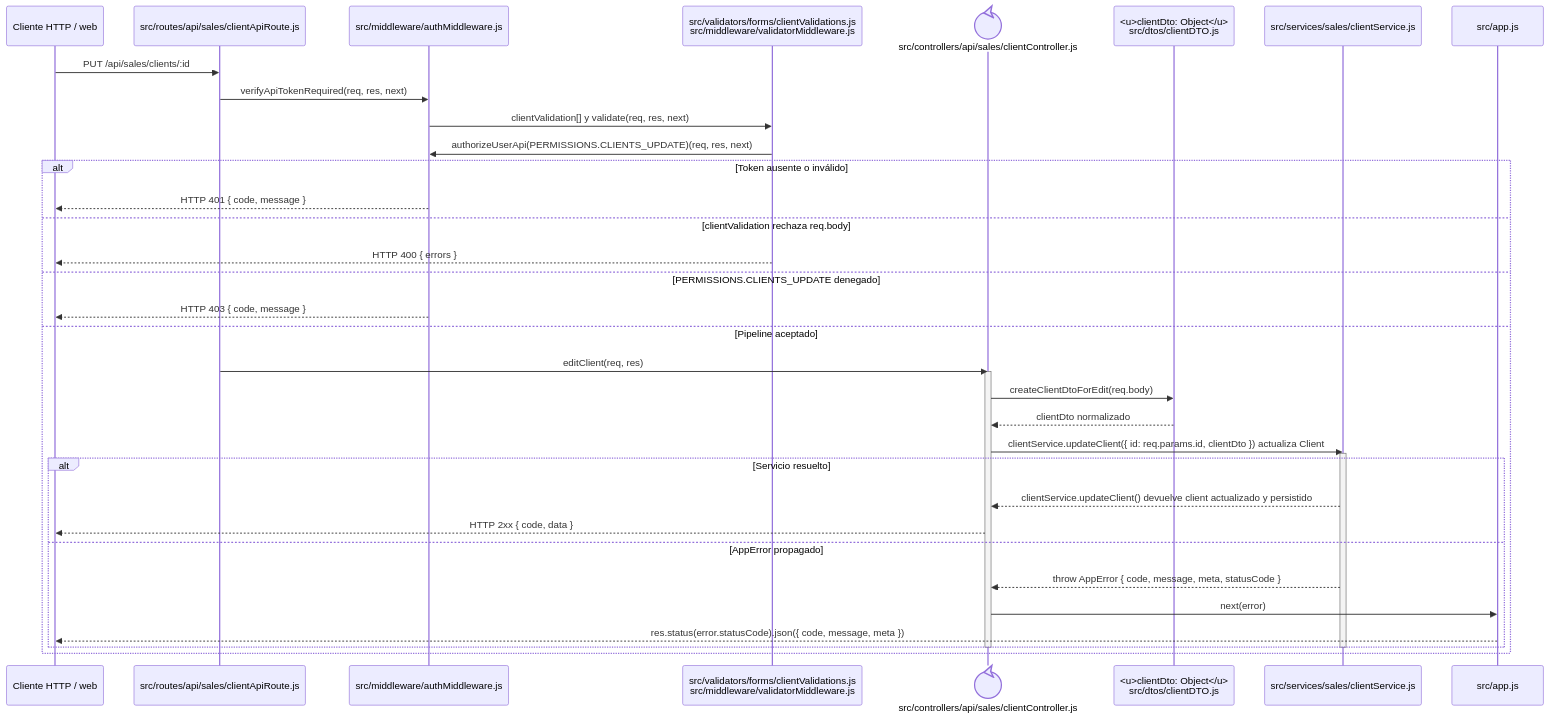
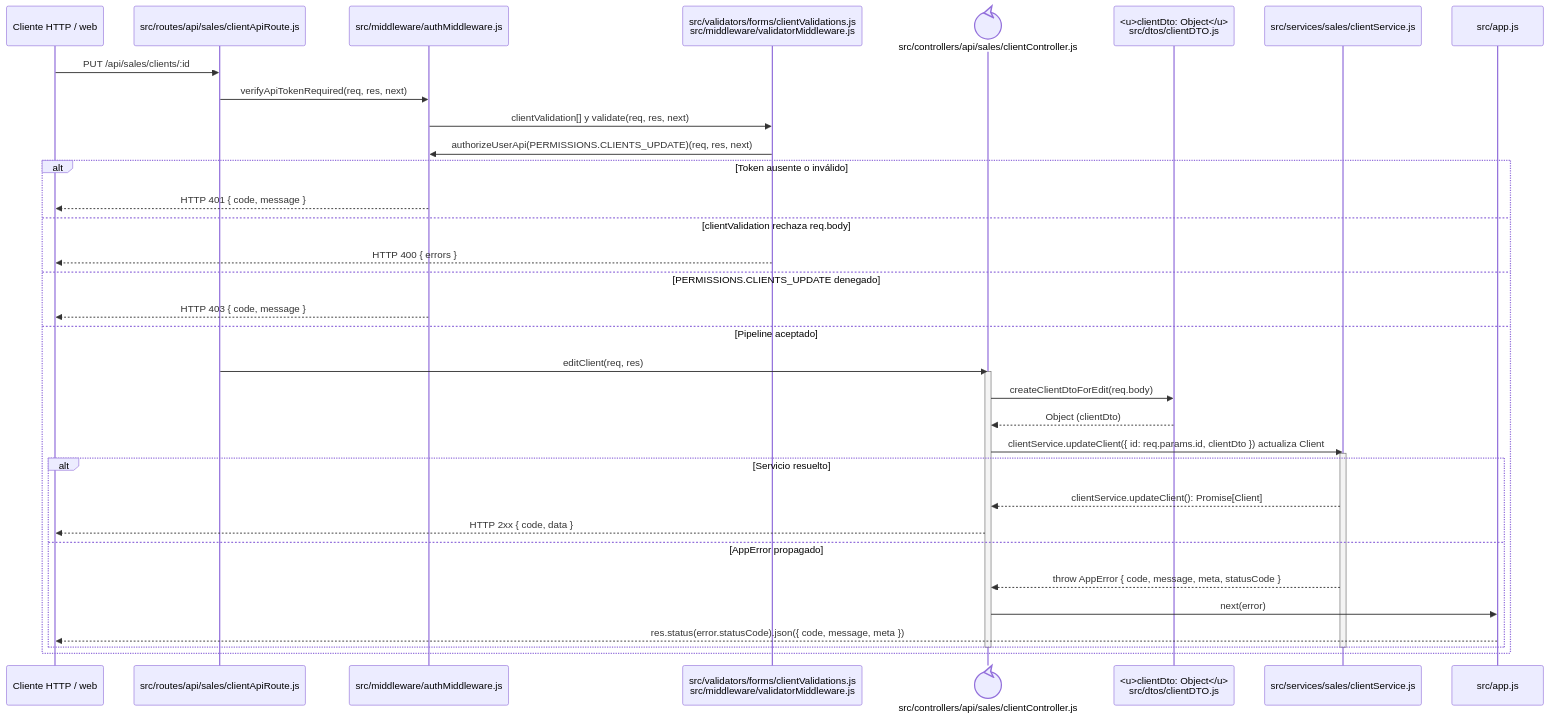
One commit to gpgsistemas01/nexus changed the diagram in docs/architecture/backend-code-sequences/catalogs/cu-cat-07.md. Above: the diagram before and after it, drawn with Mermaid. The commit also changed 146 other files, not shown here.

````diff
--- a/docs/architecture/backend-code-sequences/catalogs/cu-cat-07.md
+++ b/docs/architecture/backend-code-sequences/catalogs/cu-cat-07.md
@@ -6,40 +6,40 @@
 ```mermaid
 sequenceDiagram
     participant Client as Cliente HTTP / web
     participant Route as src/routes/api/sales/clientApiRoute.js
     participant Auth as src/middleware/authMiddleware.js
     participant Validator as src/validators/forms/clientValidations.js<br/>src/middleware/validatorMiddleware.js
     participant Controller@{ "type": "control" } as src/controllers/api/sales/clientController.js
     participant ClientDto as <u>clientDto: Object</u><br/>src/dtos/clientDTO.js
     participant Domain as src/services/sales/clientService.js
     participant ErrorHandler as src/app.js
 
     Client->>Route: PUT /api/sales/clients/:id
     Route->>Auth: verifyApiTokenRequired(req, res, next)
     Auth->>Validator: clientValidation[] y validate(req, res, next)
     Validator->>Auth: authorizeUserApi(PERMISSIONS.CLIENTS_UPDATE)(req, res, next)
     alt Token ausente o inválido
         Auth-->>Client: HTTP 401 { code, message }
     else clientValidation rechaza req.body
         Validator-->>Client: HTTP 400 { errors }
     else PERMISSIONS.CLIENTS_UPDATE denegado
         Auth-->>Client: HTTP 403 { code, message }
     else Pipeline aceptado
         Route->>Controller: editClient(req, res)
         activate Controller
         Controller->>ClientDto: createClientDtoForEdit(req.body)
-        ClientDto-->>Controller: clientDto normalizado
+        ClientDto-->>Controller: Object (clientDto)
         Controller->>Domain: clientService.updateClient({ id: req.params.id, clientDto }) actualiza Client
         activate Domain
         alt Servicio resuelto
-            Domain-->>Controller: clientService.updateClient() devuelve client actualizado y persistido
+            Domain-->>Controller: clientService.updateClient(): Promise[Client]
             Controller-->>Client: HTTP 2xx { code, data }
         else AppError propagado
             Domain-->>Controller: throw AppError { code, message, meta, statusCode }
             Controller->>ErrorHandler: next(error)
             ErrorHandler-->>Client: res.status(error.statusCode).json({ code, message, meta })
         end
         deactivate Domain
         deactivate Controller
     end
 ```
````
